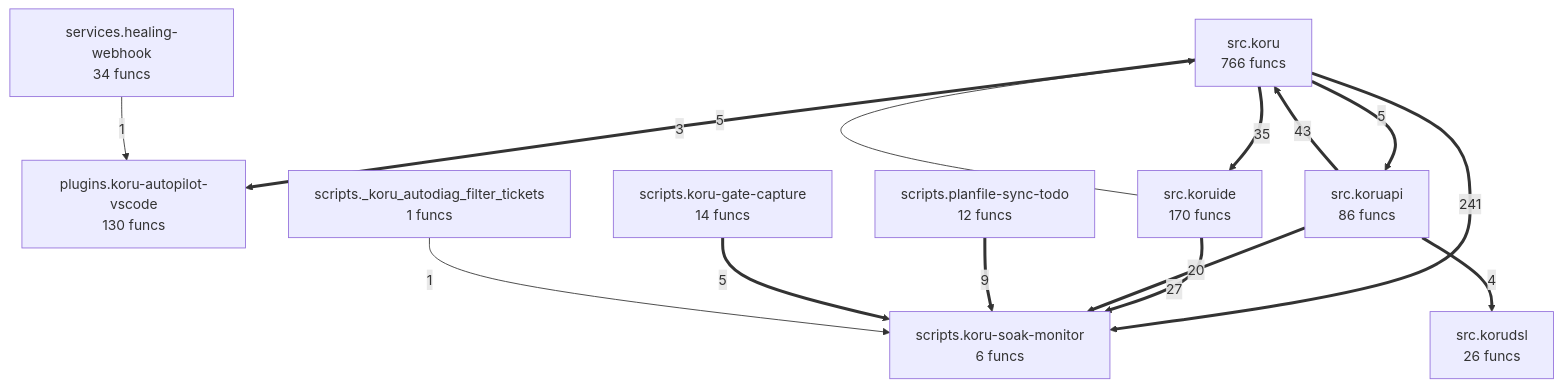
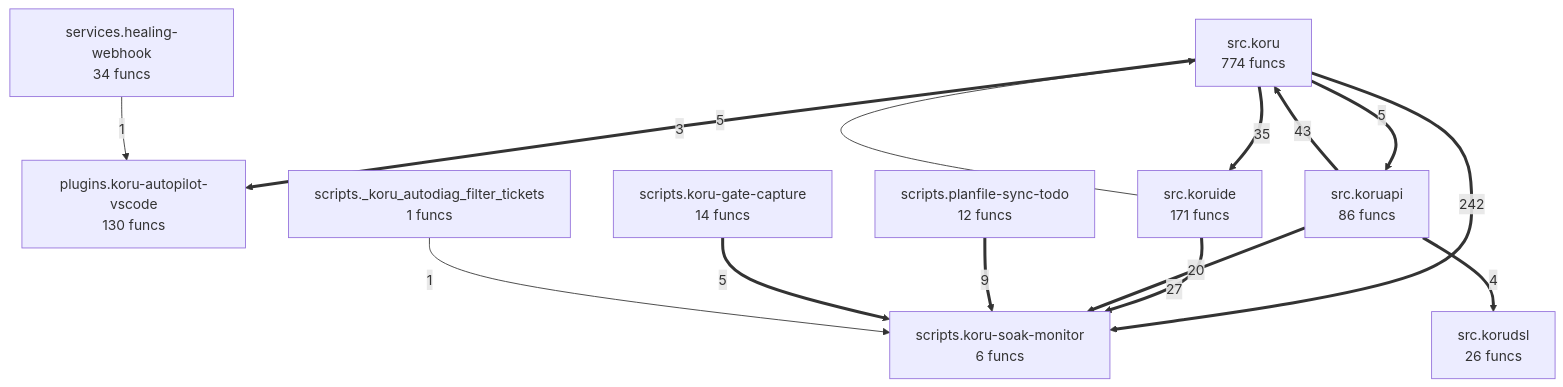
Before and after one commit to semcod/koru: the diagram in project/compact_flow.mmd, drawn with Mermaid. The commit also changed 34 other files, not shown here.

```diff
--- a/project/compact_flow.mmd
+++ b/project/compact_flow.mmd
@@ -1,25 +1,25 @@
 flowchart TD
-%% generated in 0.05s
+%% generated in 0.04s
     plugins__koru_autopilot_vscode["plugins.koru-autopilot-vscode<br/>130 funcs"]
     scripts___koru_autodiag_filter_tickets["scripts._koru_autodiag_filter_tickets<br/>1 funcs"]
     scripts__koru_gate_capture["scripts.koru-gate-capture<br/>14 funcs"]
     scripts__koru_soak_monitor["scripts.koru-soak-monitor<br/>6 funcs"]
     scripts__planfile_sync_todo["scripts.planfile-sync-todo<br/>12 funcs"]
     services__healing_webhook["services.healing-webhook<br/>34 funcs"]
-    src__koru["src.koru<br/>766 funcs"]
+    src__koru["src.koru<br/>774 funcs"]
     src__koruapi["src.koruapi<br/>86 funcs"]
     src__korudsl["src.korudsl<br/>26 funcs"]
-    src__koruide["src.koruide<br/>170 funcs"]
-    src__koru ==>|241| scripts__koru_soak_monitor
+    src__koruide["src.koruide<br/>171 funcs"]
+    src__koru ==>|242| scripts__koru_soak_monitor
     src__koruapi ==>|43| src__koru
     src__koru ==>|35| src__koruide
     src__koruide ==>|27| scripts__koru_soak_monitor
     src__koruapi ==>|20| scripts__koru_soak_monitor
     scripts__planfile_sync_todo ==>|9| scripts__koru_soak_monitor
     src__koru ==>|5| plugins__koru_autopilot_vscode
+    src__koru ==>|5| src__koruapi
     scripts__koru_gate_capture ==>|5| scripts__koru_soak_monitor
-    src__koru ==>|5| src__koruapi
     src__koruapi ==>|4| src__korudsl
     src__koruide -->|3| src__koru
     services__healing_webhook -->|1| plugins__koru_autopilot_vscode
     scripts___koru_autodiag_filter_tickets -->|1| scripts__koru_soak_monitor
```
